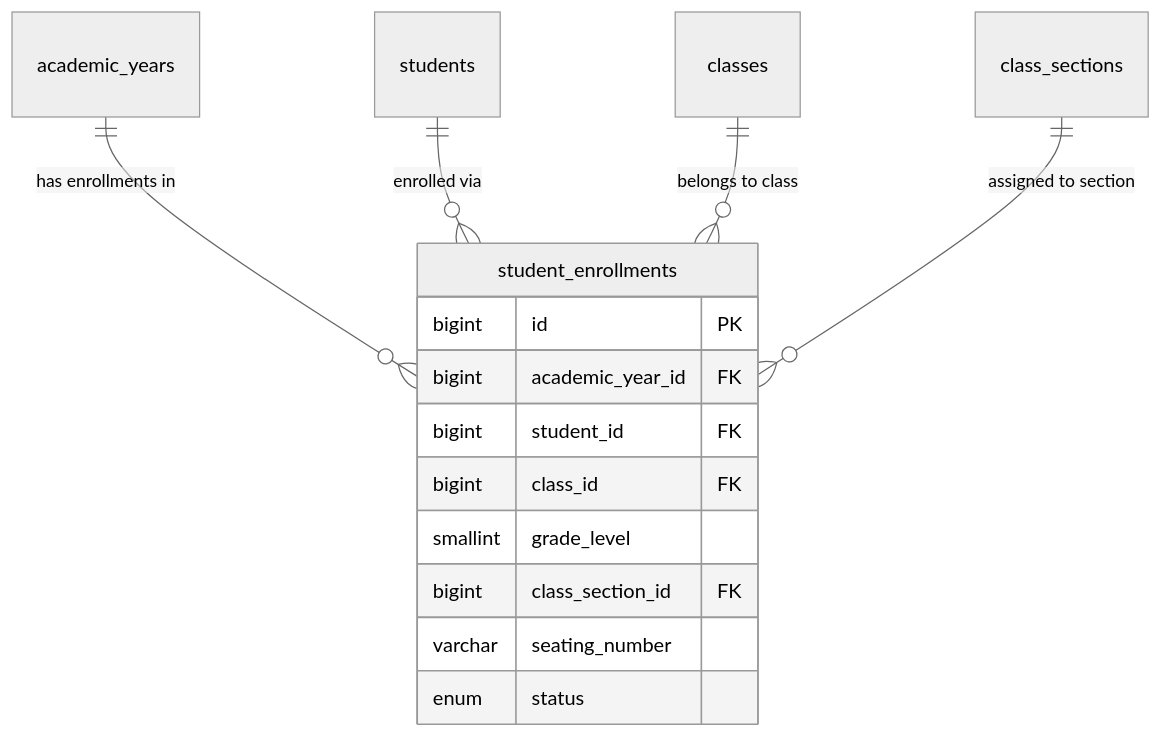
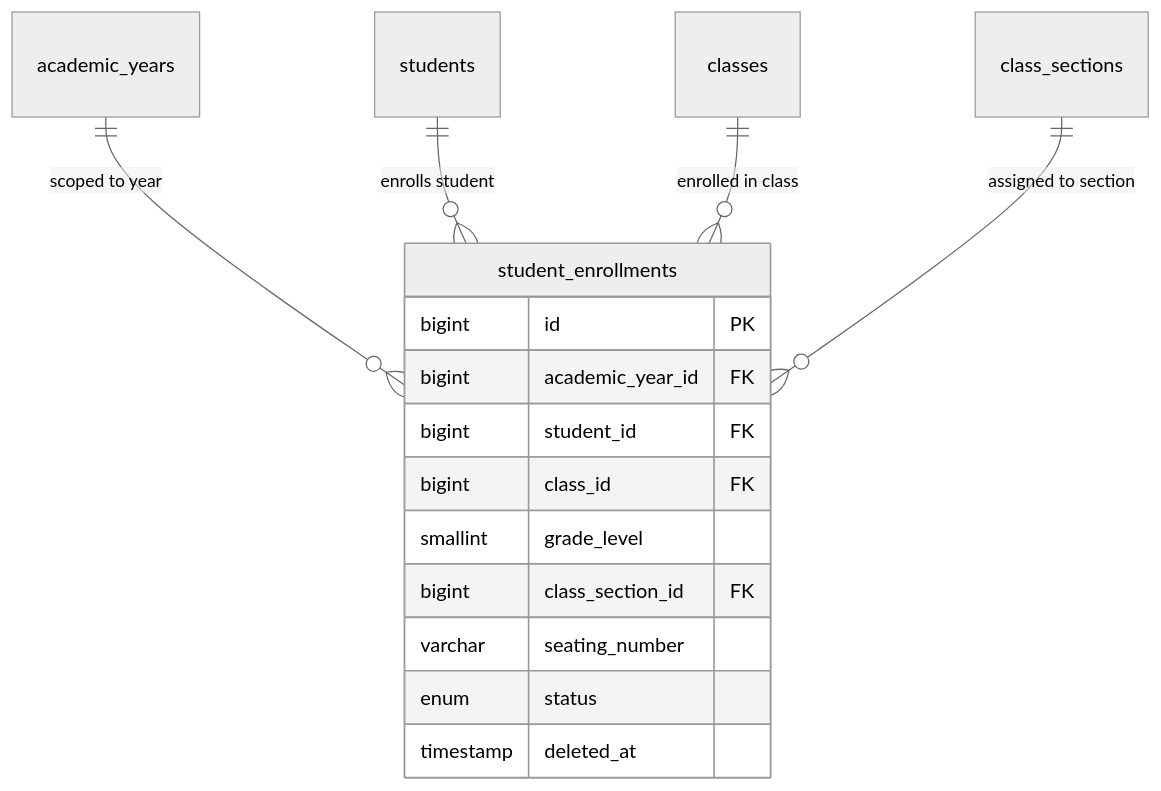
Before and after one commit to alalemusa98-ctrl/Taqniya-SMS: the diagram in MD/phases/phase_04_students_guardians_b/data.md, drawn with Mermaid (neutral theme). The commit also changed other lines of this file and 7 other files, not shown here.

````diff
--- a/MD/phases/phase_04_students_guardians_b/data.md
+++ b/MD/phases/phase_04_students_guardians_b/data.md
@@ -55,18 +59,19 @@
 ```mermaid
 erDiagram
-    academic_years ||--o{ student_enrollments : "has enrollments in"
-    students ||--o{ student_enrollments : "enrolled via"
-    classes ||--o{ student_enrollments : "belongs to class"
+    academic_years ||--o{ student_enrollments : "scoped to year"
+    students ||--o{ student_enrollments : "enrolls student"
+    classes ||--o{ student_enrollments : "enrolled in class"
     class_sections ||--o{ student_enrollments : "assigned to section"
 
     student_enrollments {
         bigint id PK
         bigint academic_year_id FK
         bigint student_id FK
         bigint class_id FK
         smallint grade_level
         bigint class_section_id FK
         varchar seating_number
         enum status
+        timestamp deleted_at
     }
 ```
````
